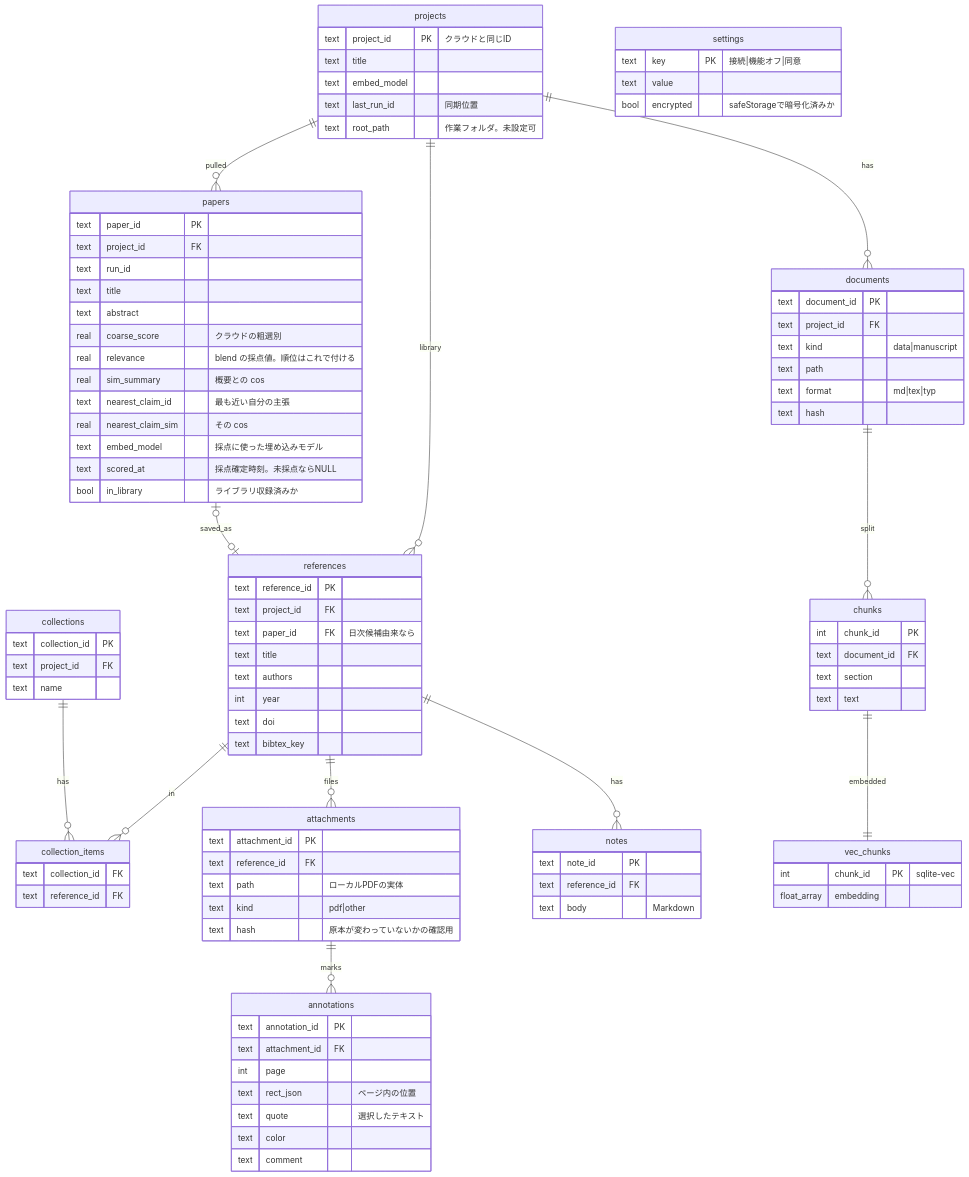
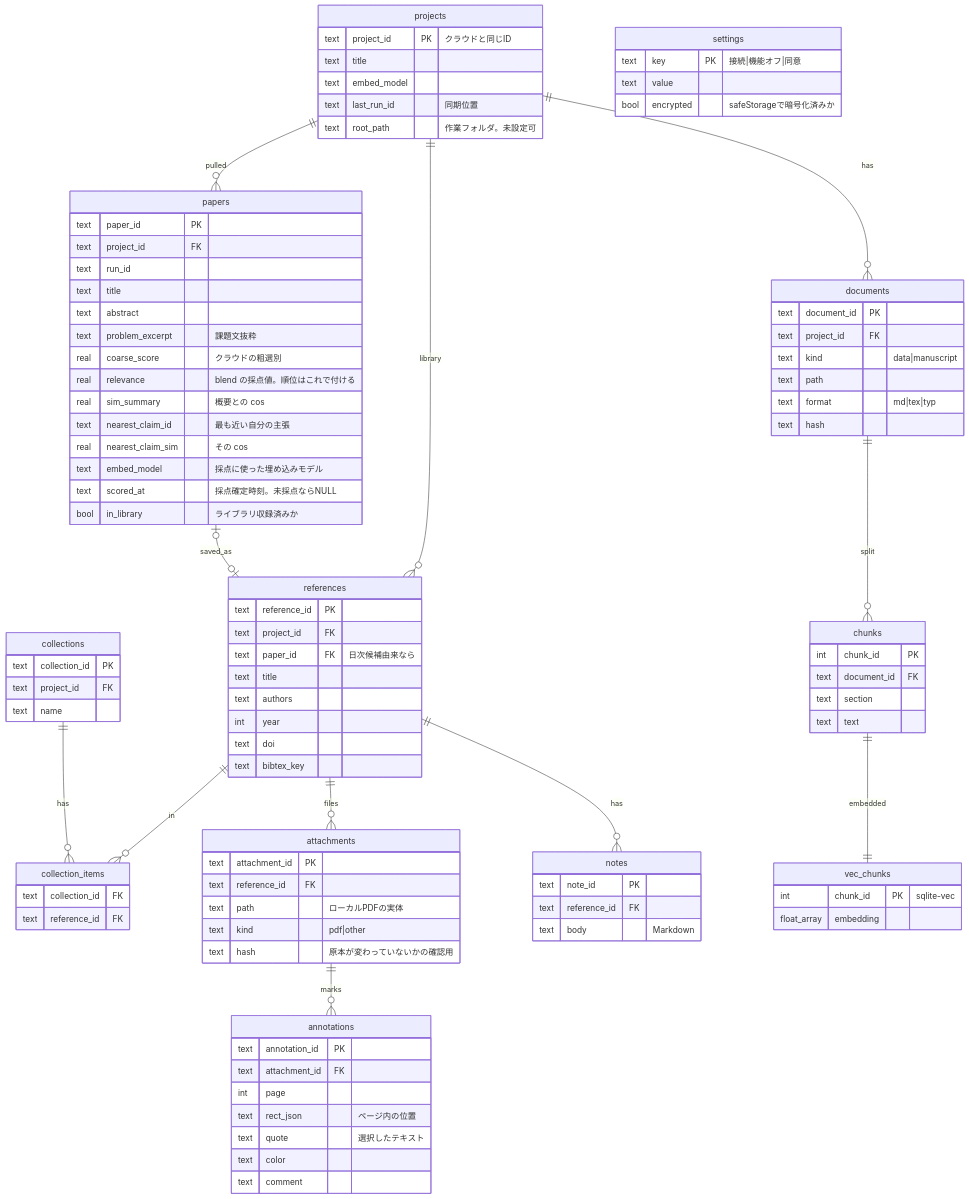
One commit to uzak0209/AI-Research changed the second of 2 diagrams in docs/er-diagram.md. Above: the diagram before and after it, drawn with Mermaid. The commit also changed other lines of this file and 32 other files, not shown here.

```diff
--- a/docs/er-diagram.md
+++ b/docs/er-diagram.md
@@ -99,6 +100,7 @@
         text run_id
         text title
         text abstract
+        text problem_excerpt "課題文抜粋"
         real coarse_score "クラウドの粗選別"
         real relevance "blend の採点値。順位はこれで付ける"
         real sim_summary "概要との cos"
```
